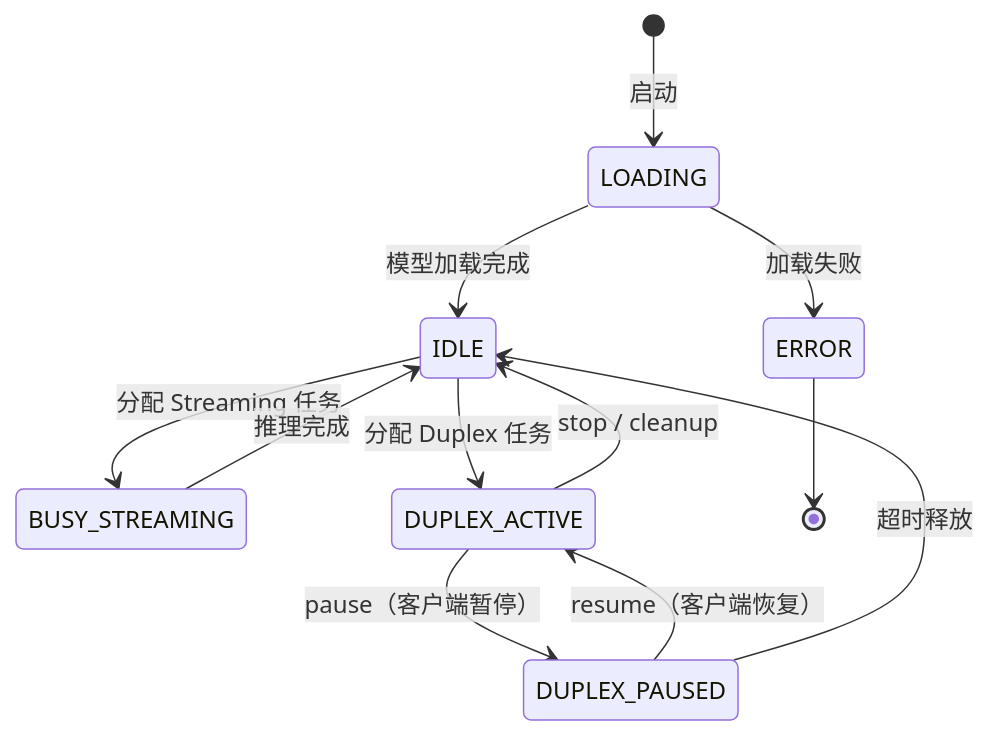
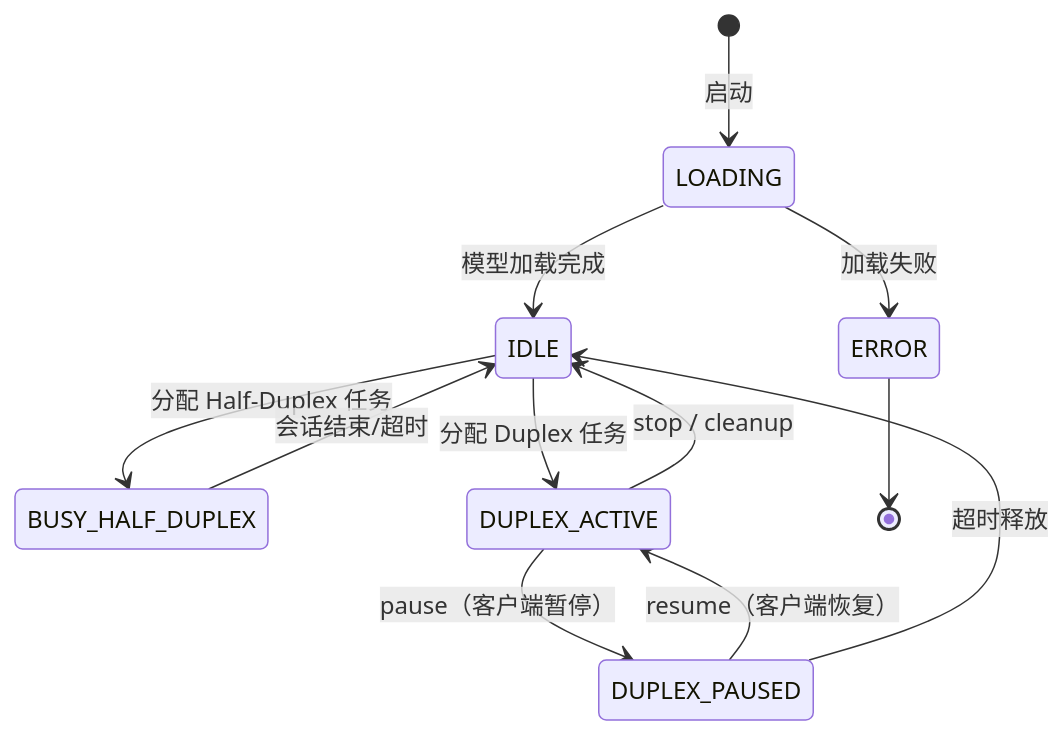
Before and after one commit to OpenBMB/minicpm-o-4_5-pytorch-simple-demo: the fourth of 5 diagrams in docs/zh/architecture/internals.md, drawn with Mermaid. The commit also changed 50 other files, not shown here.

Commit message:
Add half duplex docs

````diff
--- a/docs/zh/architecture/internals.md
+++ b/docs/zh/architecture/internals.md
@@ -156,18 +156,18 @@
 ```mermaid
 stateDiagram-v2
     [*] --> LOADING: 启动
     LOADING --> IDLE: 模型加载完成
     LOADING --> ERROR: 加载失败
 
-    IDLE --> BUSY_STREAMING: 分配 Streaming 任务
+    IDLE --> BUSY_HALF_DUPLEX: 分配 Half-Duplex 任务
     IDLE --> DUPLEX_ACTIVE: 分配 Duplex 任务
 
-    BUSY_STREAMING --> IDLE: 推理完成
+    BUSY_HALF_DUPLEX --> IDLE: 会话结束/超时
 
     DUPLEX_ACTIVE --> DUPLEX_PAUSED: pause（客户端暂停）
     DUPLEX_PAUSED --> DUPLEX_ACTIVE: resume（客户端恢复）
     DUPLEX_PAUSED --> IDLE: 超时释放
     DUPLEX_ACTIVE --> IDLE: stop / cleanup
 
     ERROR --> [*]
 ```
````
